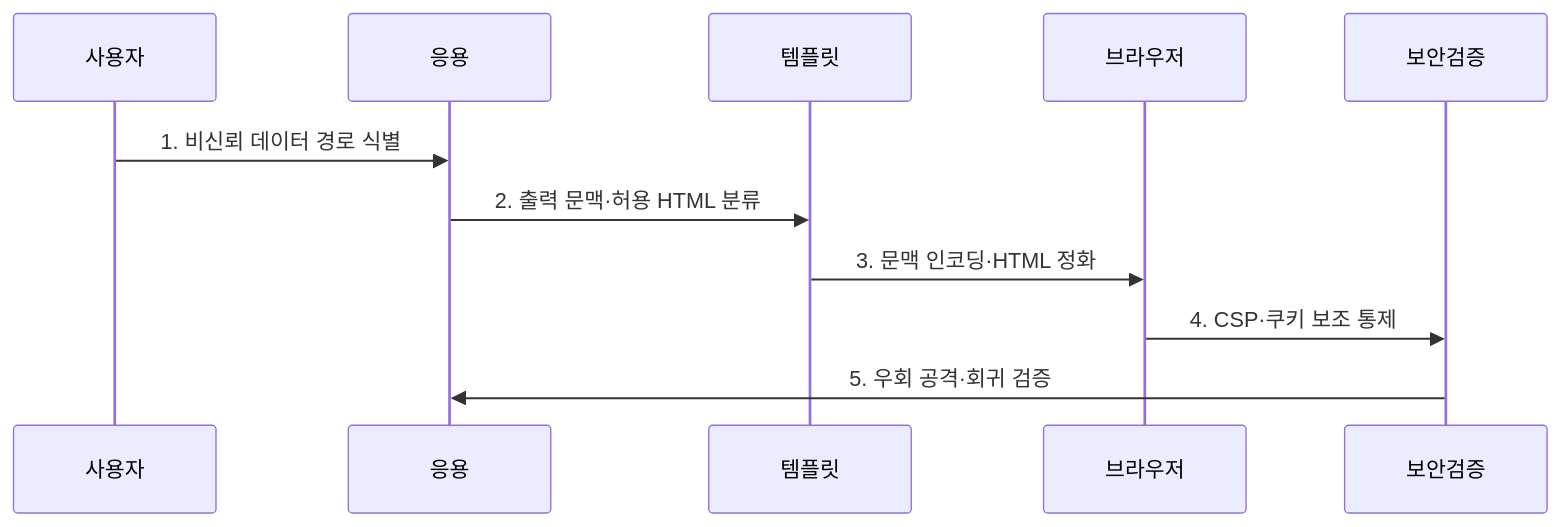
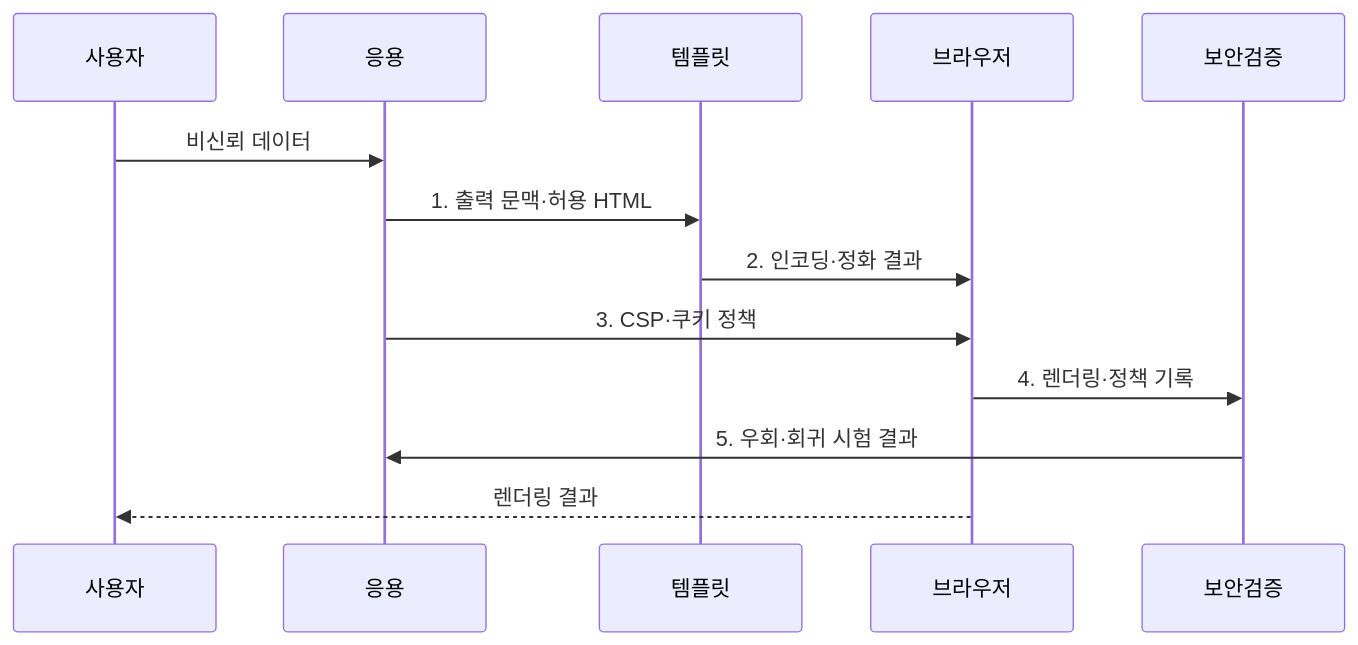
The second of 2 diagrams in src/content/docs/notes/05-security/047_xss.md (agnusdei1207/knowledge-base), drawn with Mermaid before and after one commit. The commit also changed other lines of this file and 20 other files, not shown here.

````diff
--- a/src/content/docs/notes/05-security/047_xss.md
+++ b/src/content/docs/notes/05-security/047_xss.md
@@ -83,13 +84,15 @@
 ```mermaid
 sequenceDiagram
     participant 사용자
     participant 응용
     participant 템플릿
     participant 브라우저
     participant 보안검증
-    사용자->>응용: 1. 비신뢰 데이터 경로 식별
-    응용->>템플릿: 2. 출력 문맥·허용 HTML 분류
-    템플릿->>브라우저: 3. 문맥 인코딩·HTML 정화
-    브라우저->>보안검증: 4. CSP·쿠키 보조 통제
-    보안검증->>응용: 5. 우회 공격·회귀 검증
+    사용자->>응용: 비신뢰 데이터
+    응용->>템플릿: 1. 출력 문맥·허용 HTML
+    템플릿->>브라우저: 2. 인코딩·정화 결과
+    응용->>브라우저: 3. CSP·쿠키 정책
+    브라우저->>보안검증: 4. 렌더링·정책 기록
+    보안검증->>응용: 5. 우회·회귀 시험 결과
+    브라우저-->>사용자: 렌더링 결과
 ```
````
